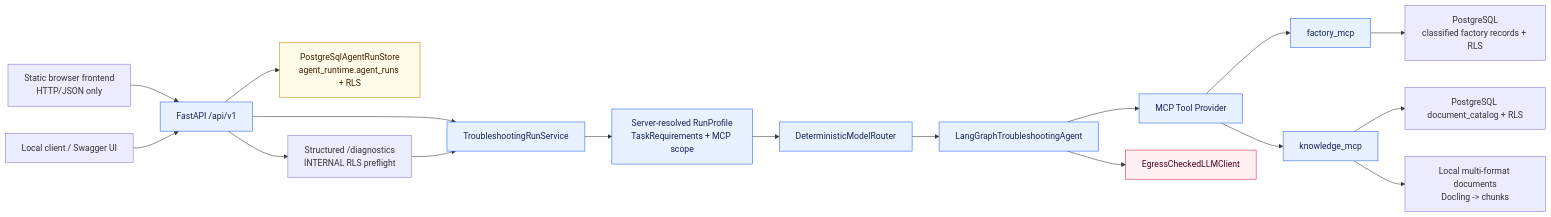
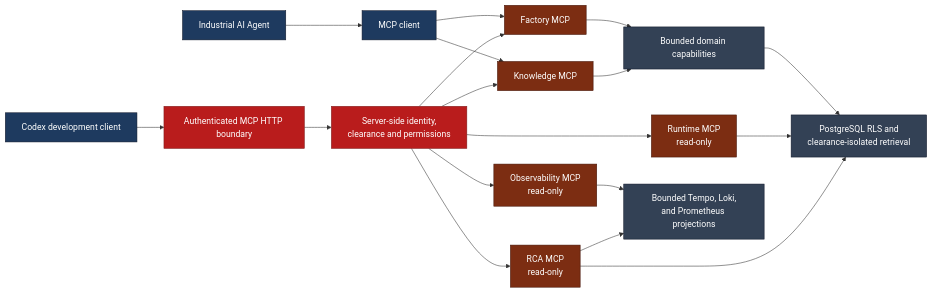
Before and after one commit to aboerzel/industrial-ai-agent: the fourth of 19 diagrams in docs/architecture/overview.md, drawn with Mermaid. The commit also changed other lines of this file and 7 other files, not shown here.

Commit message:
docs: polish release documentation and architecture

````diff
--- a/docs/architecture/overview.md
+++ b/docs/architecture/overview.md
@@ -192,26 +232,29 @@
 ```mermaid
 flowchart LR
-    Browser["Static browser frontend\nHTTP/JSON only"] --> API["FastAPI /api/v1"]
-    Client["Local client / Swagger UI"] --> API
-    API --> Service["TroubleshootingRunService"]
-    API --> Store["PostgreSqlAgentRunStore\nagent_runtime.agent_runs + RLS"]
-    API --> Diagnostic["Structured /diagnostics\nINTERNAL RLS preflight"]
-    Diagnostic --> Service
-    Service --> Requirements["Server-resolved RunProfile\nTaskRequirements + MCP scope"]
-    Requirements --> Router["DeterministicModelRouter"]
-    Router --> Graph["LangGraphTroubleshootingAgent"]
-    Graph --> Provider["MCP Tool Provider"]
-    Provider --> Factory["factory_mcp"]
-    Provider --> Knowledge["knowledge_mcp"]
-    Factory --> PostgreSQL["PostgreSQL\nclassified factory records + RLS"]
-    Knowledge --> Catalog["PostgreSQL document_catalog + RLS"]
-    Knowledge --> Files["Local multi-format documents\nDocling -> chunks"]
-    Graph --> Egress["EgressCheckedLLMClient"]
+    Agent["Industrial AI Agent"] --> Client["MCP client"]
+    Codex["Codex development client"] --> HTTP["Authenticated MCP HTTP boundary"]
+    Client --> Factory["Factory MCP"]
+    Client --> Knowledge["Knowledge MCP"]
+    HTTP --> Resolver["Server-side identity,<br/>clearance and permissions"]
+    Resolver --> Factory
+    Resolver --> Knowledge
+    Resolver --> Runtime["Runtime MCP<br/>read-only"]
+    Resolver --> Observe["Observability MCP<br/>read-only"]
+    Resolver --> RCA["RCA MCP<br/>read-only"]
+    Factory --> Capabilities["Bounded domain capabilities"]
+    Knowledge --> Capabilities
+    Capabilities --> RLS["PostgreSQL RLS and<br/>clearance-isolated retrieval"]
+    Runtime --> RLS
+    RCA --> RLS
+    Observe --> Evidence["Bounded Tempo, Loki,<br/>and Prometheus projections"]
+    RCA --> Evidence
 
-    classDef boundary fill:#e8f1ff,stroke:#2563eb,color:#172554
-    classDef state fill:#fefce8,stroke:#ca8a04,color:#422006
-    classDef security fill:#fff1f2,stroke:#e11d48,color:#4c0519
-    class API,Service,Requirements,Router,Graph,Provider,Factory,Knowledge boundary
-    class Store state
-    class Egress security
+    classDef client fill:#1e3a5f,stroke:#0f172a,color:#ffffff
+    classDef mcp fill:#7c2d12,stroke:#431407,color:#ffffff
+    classDef security fill:#b91c1c,stroke:#7f1d1d,color:#ffffff
+    classDef data fill:#334155,stroke:#0f172a,color:#ffffff
+    class Agent,Codex,Client client
+    class Factory,Knowledge,Runtime,Observe,RCA mcp
+    class HTTP,Resolver security
+    class Capabilities,RLS,Evidence data
 ```
````
